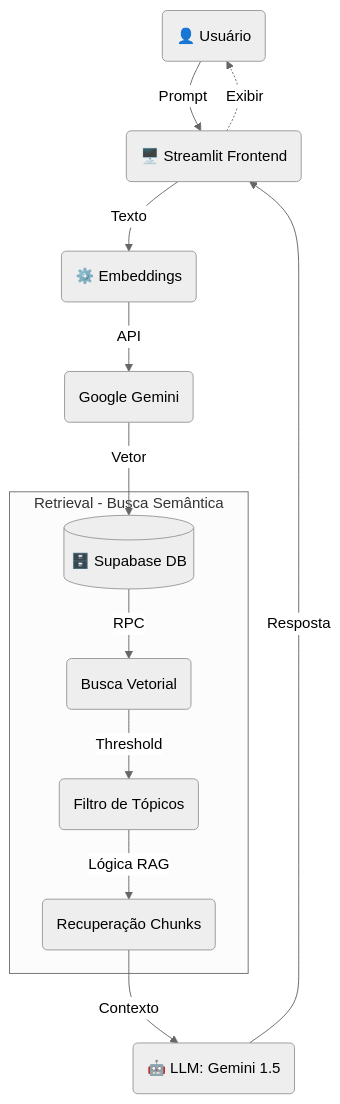
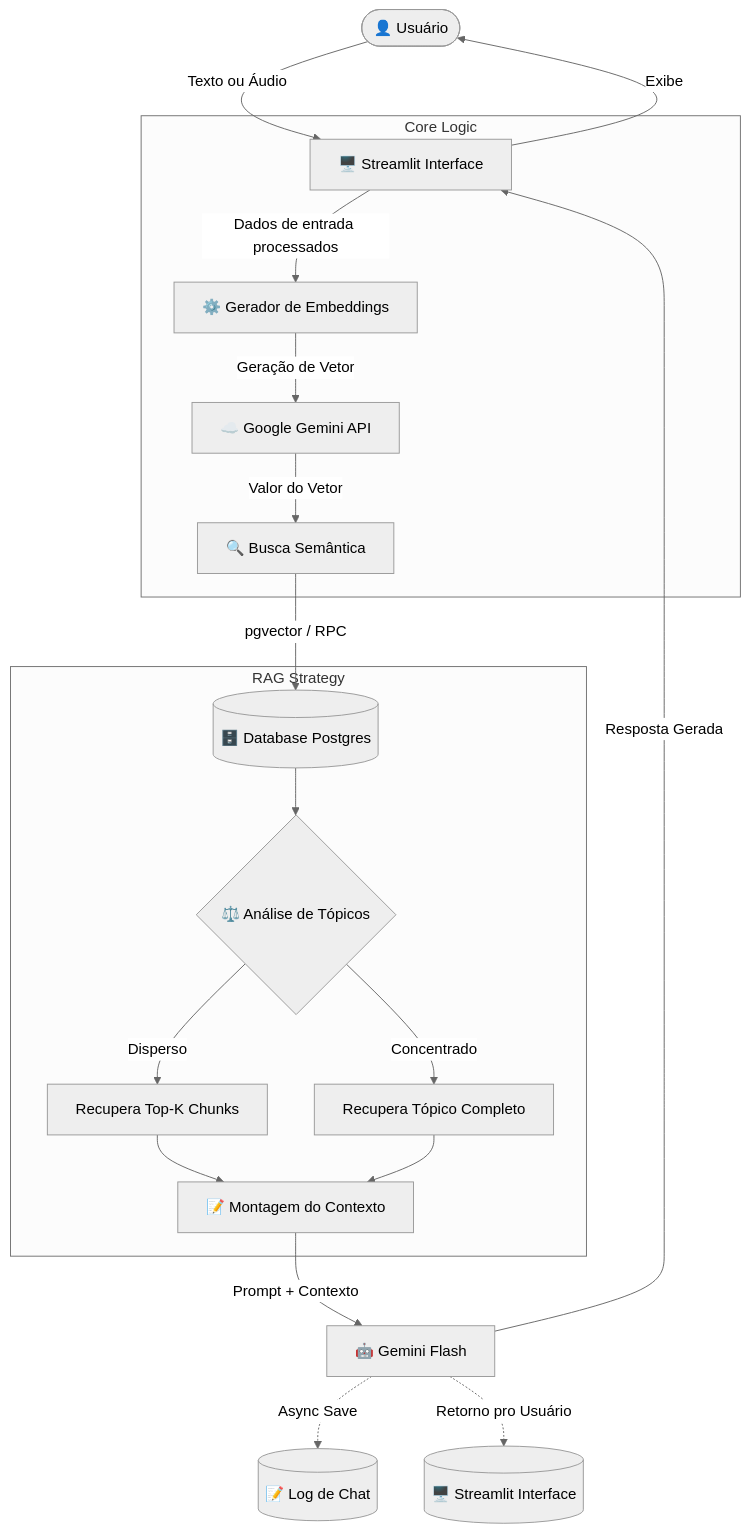
Before and after one commit to emn-f/vox-ai: the first of 3 diagrams in docs/ARCHITECTURE.md, drawn with Mermaid (neutral theme). The commit also changed other lines of this file, not shown here.

First line of the commit message:
docs: cria arquivo ARCHITECTURE.md com desenho do sistema e fluxo RAG

````diff
--- a/docs/ARCHITECTURE.md
+++ b/docs/ARCHITECTURE.md
@@ -9,17 +9,27 @@
 ```mermaid
-graph TD
-    A("👤 Usuário") -->|Prompt| B("🖥️ Streamlit Frontend")
-    B -->|Texto| C("⚙️ Embeddings")
-    C -->|API| D("Google Gemini")
-    D -->|Vetor| E[("🗄️ Supabase DB")]
+flowchart TD
+    User([👤 Usuário]) -->|Texto ou Áudio| UI[🖥️ Streamlit Interface]
     
-    subgraph Retrieval [Retrieval - Busca Semântica]
-        E -->|RPC| F("Busca Vetorial")
-        F -->|Threshold| G("Filtro de Tópicos")
-        G -->|Lógica RAG| H("Recuperação Chunks")
+    subgraph Core Logic
+        UI -->| Dados de entrada processados | Embed[⚙️ Gerador de Embeddings]
+        Embed -->| Geração de Vetor| GeminiAPI[☁️ Google Gemini API]
+        GeminiAPI -->|Valor do Vetor| Search[🔍 Busca Semântica]
     end
+
+    subgraph RAG Strategy
+        Search -->|pgvector / RPC| DB
+        DB[(🗄️ Database Postgres)]  --> Logic{⚖️ Análise de Tópicos}
+        Logic -->|Disperso| TopK[Recupera Top-K Chunks]
+        Logic -->|Concentrado| Expand[Recupera Tópico Completo]
+        TopK & Expand --> Context[📝 Montagem do Contexto]
+    end
+
+    Context -->|Prompt + Contexto| LLM[🤖 Gemini Flash]
+    LLM -->|Resposta Gerada| UI
+    UI -->|Exibe| User
     
-    H -->|Contexto| I("🤖 LLM: Gemini 1.5")
-    I -->|Resposta| B
-    B -.->|Exibir| A
+    
+    %% Fluxo de Log
+    LLM -.->|Async Save| LogDB[(📝 Log de Chat)]
+    LLM -.->|Retorno pro Usuário| ChatUser[(🖥️ Streamlit Interface)]
 ```
````
